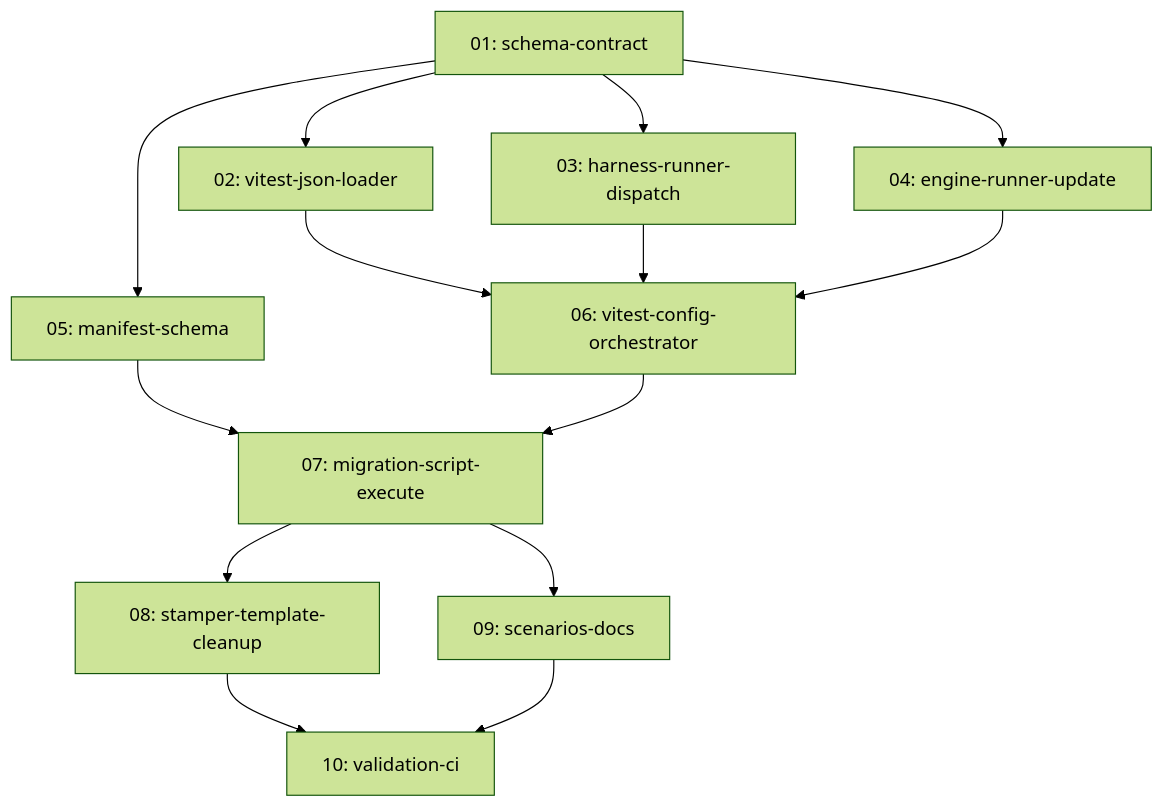
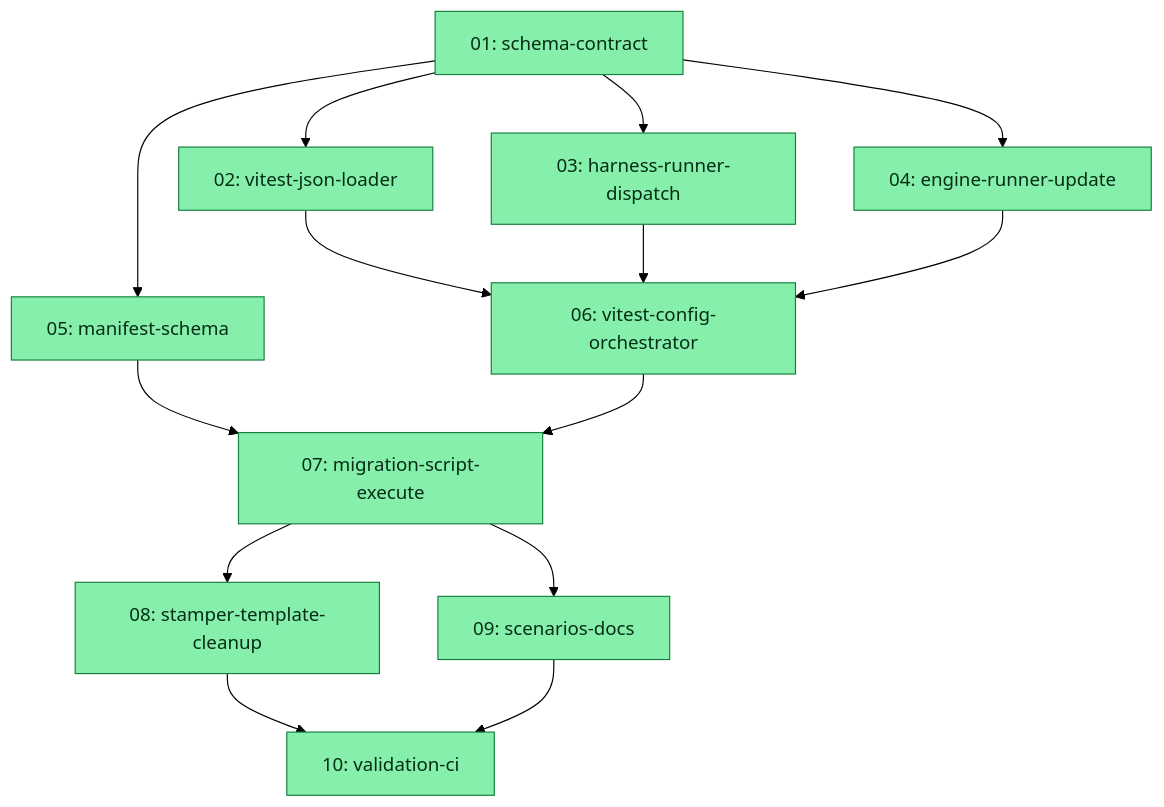
One commit to zotoio/zoto-agents changed the diagram in specs/20260527-evals-json-first-migration/spec-evals-json-first-migration-20260527.md. Above: the diagram before and after it, drawn with Mermaid (forest theme). The commit also changed other lines of this file and 213 other files, not shown here.

````diff
--- a/specs/20260527-evals-json-first-migration/spec-evals-json-first-migration-20260527.md
+++ b/specs/20260527-evals-json-first-migration/spec-evals-json-first-migration-20260527.md
@@ -62,16 +62,21 @@
 ```mermaid
 graph TD
     S01[01: schema-contract] --> S02[02: vitest-json-loader]
     S01 --> S03[03: harness-runner-dispatch]
     S01 --> S04[04: engine-runner-update]
     S01 --> S05[05: manifest-schema]
     S02 --> S06[06: vitest-config-orchestrator]
     S03 --> S06
     S04 --> S06
     S05 --> S07[07: migration-script-execute]
     S06 --> S07
     S07 --> S08[08: stamper-template-cleanup]
     S07 --> S09[09: scenarios-docs]
     S08 --> S10[10: validation-ci]
     S09 --> S10
+
+%% spec-system:classes:begin
+classDef specDone fill:#86efac,stroke:#15803d,color:#052e16
+class S01,S02,S03,S04,S05,S06,S07,S08,S09,S10 specDone
+%% spec-system:classes:end
 ```
````
